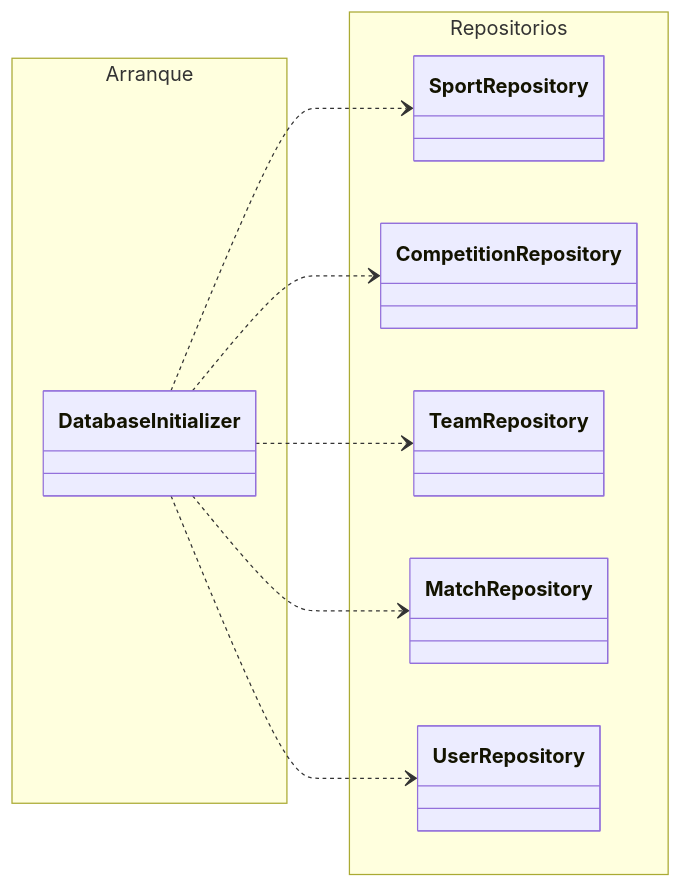
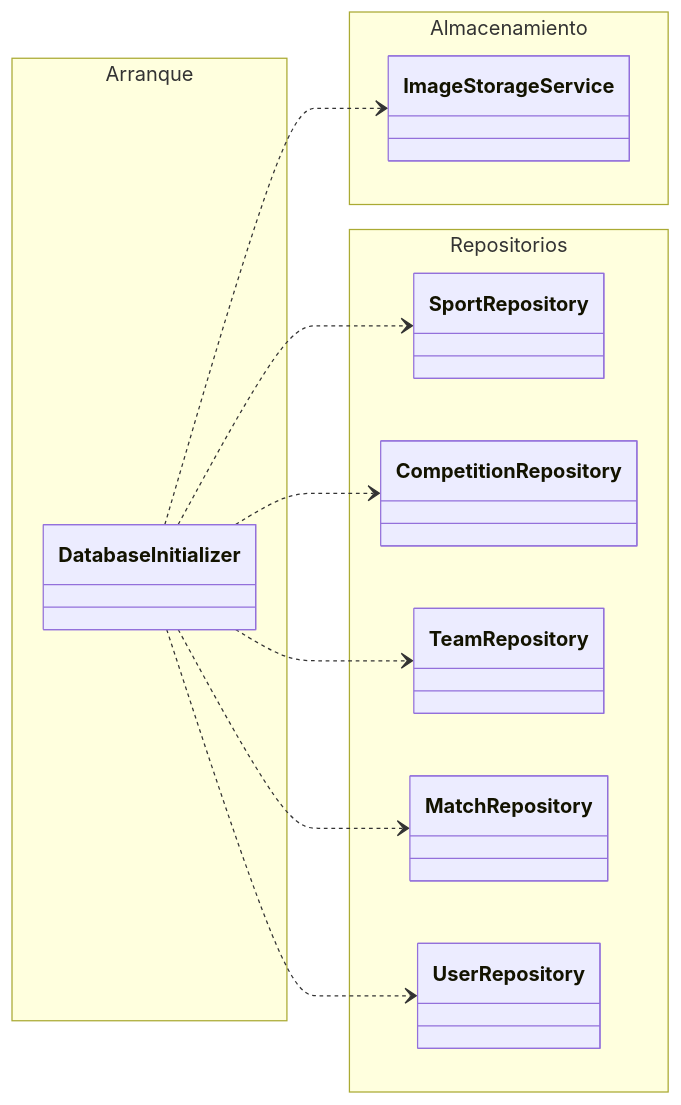
The seventh of 15 diagrams in docs/development-guide.md (codeurjc-students/2026-BetSphere), drawn with Mermaid before and after one commit. The commit also changed other lines of this file and 7 other files, not shown here.

````diff
--- a/docs/development-guide.md
+++ b/docs/development-guide.md
@@ -289,19 +293,23 @@
 ```mermaid
 classDiagram
 direction LR
 namespace Arranque {
     class DatabaseInitializer
+}
+namespace Almacenamiento {
+    class InitImageStorage["ImageStorageService"]
 }
 namespace Repositorios {
     class SportRepository
     class CompetitionRepository
     class TeamRepository
     class MatchRepository
     class UserRepository
 }
 DatabaseInitializer ..> SportRepository
 DatabaseInitializer ..> CompetitionRepository
 DatabaseInitializer ..> TeamRepository
 DatabaseInitializer ..> MatchRepository
 DatabaseInitializer ..> UserRepository
+DatabaseInitializer ..> InitImageStorage
 ```
````
